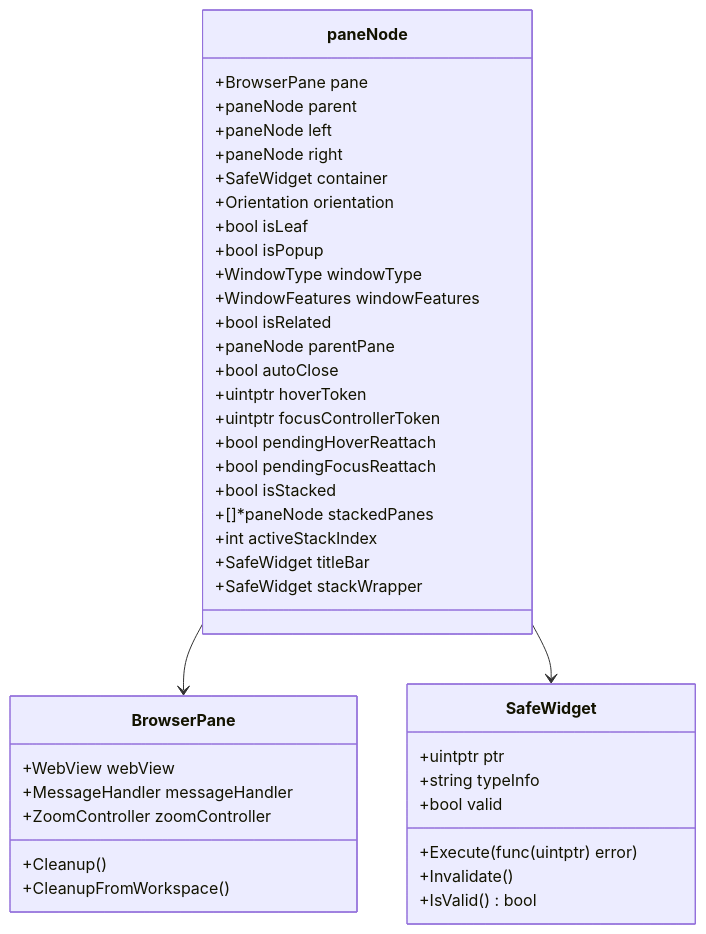
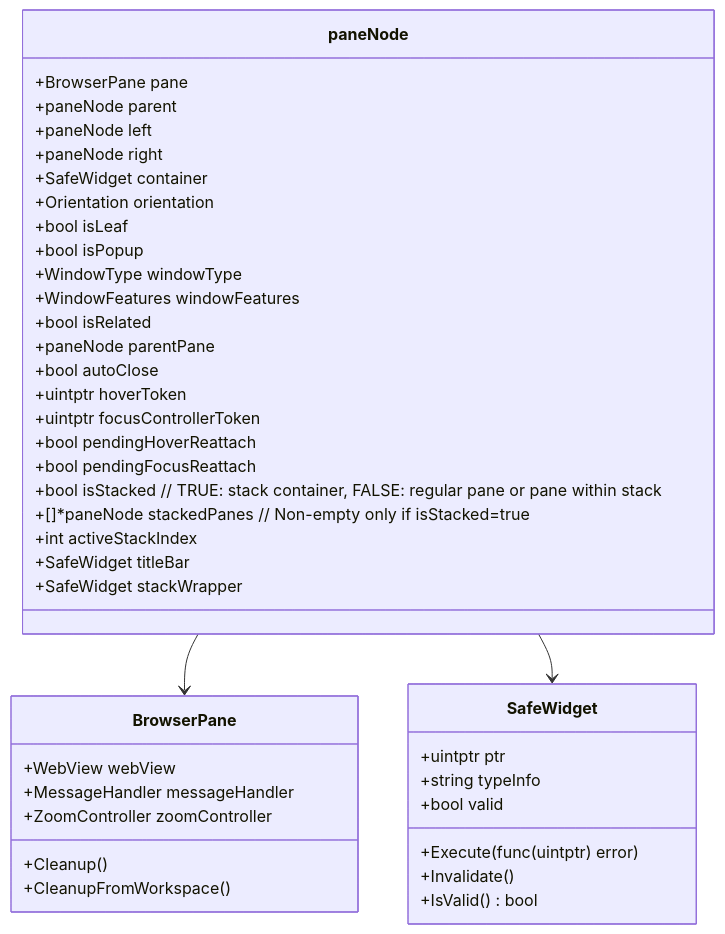
One commit to bnema/dumber changed the second of 17 diagrams in docs/PANE_ARCHITECTURE.md. Above: the diagram before and after it, drawn with Mermaid. The commit also changed other lines of this file and 1 other file, not shown here.

Commit message:
docs(workspace): document stacked pane semantics and close refactoring plan

````diff
--- a/docs/PANE_ARCHITECTURE.md
+++ b/docs/PANE_ARCHITECTURE.md
@@ -74,47 +74,47 @@
 ```mermaid
 classDiagram
     class paneNode {
         +BrowserPane pane
         +paneNode parent
         +paneNode left
         +paneNode right
         +SafeWidget container
         +Orientation orientation
         +bool isLeaf
         +bool isPopup
         +WindowType windowType
         +WindowFeatures windowFeatures
         +bool isRelated
         +paneNode parentPane
         +bool autoClose
         +uintptr hoverToken
         +uintptr focusControllerToken
         +bool pendingHoverReattach
         +bool pendingFocusReattach
-        +bool isStacked
-        +[]*paneNode stackedPanes
+        +bool isStacked              // TRUE: stack container, FALSE: regular pane or pane within stack
+        +[]*paneNode stackedPanes    // Non-empty only if isStacked=true
         +int activeStackIndex
         +SafeWidget titleBar
         +SafeWidget stackWrapper
     }
 
     class BrowserPane {
         +WebView webView
         +MessageHandler messageHandler
         +ZoomController zoomController
         +Cleanup()
         +CleanupFromWorkspace()
     }
 
     class SafeWidget {
         +uintptr ptr
         +string typeInfo
         +bool valid
         +Execute(func(uintptr) error)
         +Invalidate()
         +IsValid() bool
     }
 
     paneNode --> BrowserPane
     paneNode --> SafeWidget
 ```
````
